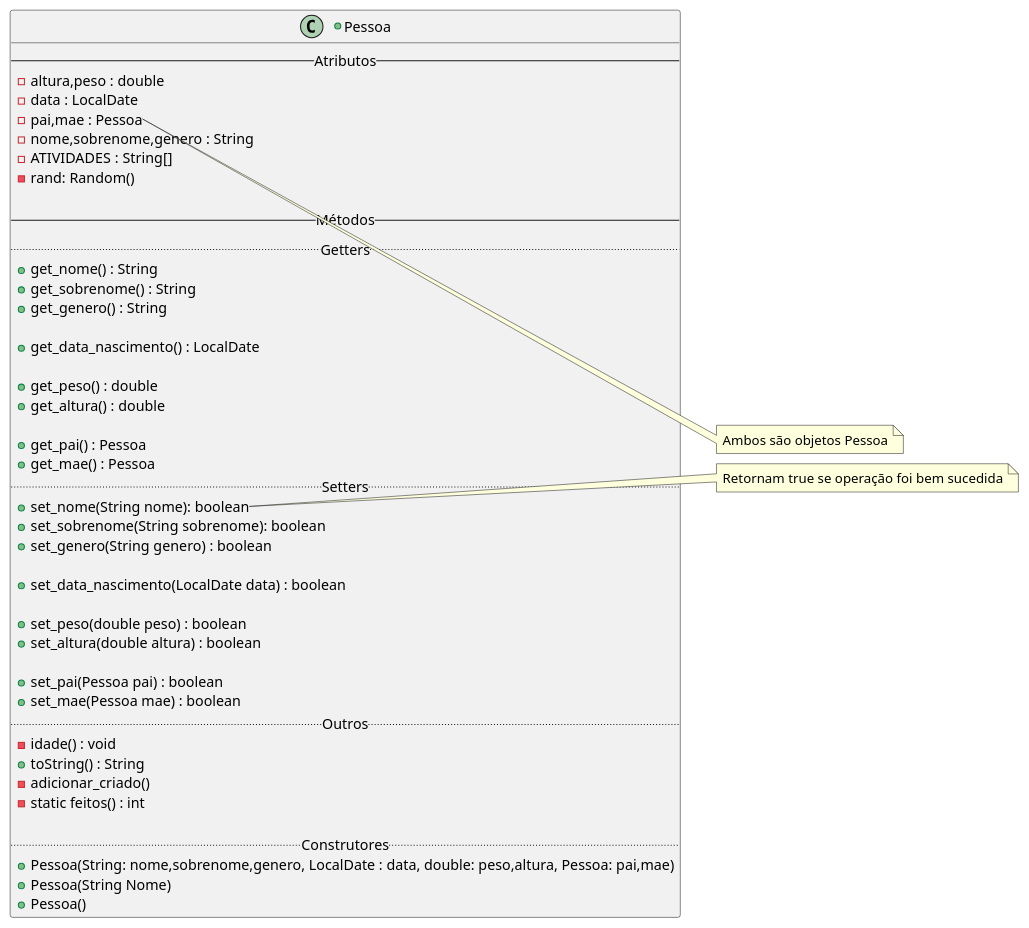
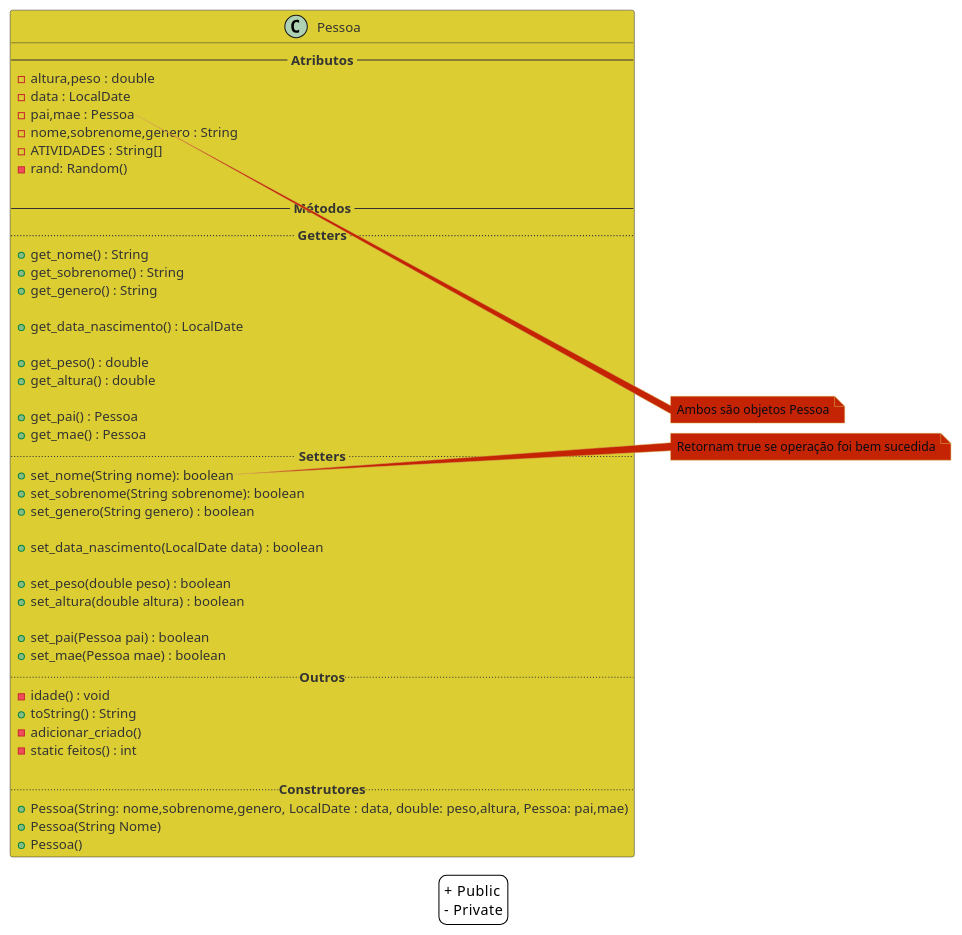
One commit to Datto6/LP changed the diagram in LP2/ExP1/diagrama.md. Above: the diagram before and after it, drawn with PlantUML.

````diff
--- a/LP2/ExP1/diagrama.md
+++ b/LP2/ExP1/diagrama.md
@@ -1,9 +1,32 @@
 ``` plantuml 
 
 @startuml
+skinparam backgroundColor ##090b14
 
-+class Pessoa{
---Atributos--
+skinparam class {
+    BackgroundColor #dbcd32
+    BorderColor #333333
+    FontColor #222222
+    FontName Arial
+    FontSize 14
+    AttributeFontColor #333333
+    AttributeFontName Arial
+    AttributeFontSize 13
+    MethodFontColor #333333
+    MethodFontName Arial
+    MethodFontSize 13
+}
+
+skinparam note {
+    BackgroundColor #c42404
+    BorderColor #D6B656
+    FontColor #090b14
+    FontName Arial
+    FontSize 12
+}
+
+class Pessoa{
+-- <b> Atributos </b> --
 -altura,peso : double
 -data : LocalDate
 -pai,mae : Pessoa
@@ -11,8 +34,8 @@
 -ATIVIDADES : String[]
 - rand: Random()
 
---Métodos--
-..Getters..
+-- <b> Métodos </b> --
+..<b> Getters </b>..
 +get_nome() : String
 +get_sobrenome() : String
 +get_genero() : String
@@ -24,7 +47,7 @@
 
 +get_pai() : Pessoa
 +get_mae() : Pessoa
-..Setters..
+.. <b> Setters </b>..
 +set_nome(String nome): boolean
 +set_sobrenome(String sobrenome): boolean
 +set_genero(String genero) : boolean
@@ -36,13 +59,13 @@
 
 +set_pai(Pessoa pai) : boolean
 +set_mae(Pessoa mae) : boolean
-..Outros..
+..<b>Outros</b>..
 -idade() : void
 +toString() : String
 -adicionar_criado()
 - static feitos() : int
 
-..Construtores..
+..<b>Construtores</b>..
  +Pessoa(String: nome,sobrenome,genero, LocalDate : data, double: peso,altura, Pessoa: pai,mae)
 + Pessoa(String Nome)
 + Pessoa()
@@ -52,7 +75,12 @@
 end note
 note right of Pessoa::set_nome
 Retornam true se operação foi bem sucedida
-end note 
+end note
+
+legend bottom
+    +  Public
+    -  Private
+endlegend
 
 @enduml
 ```
````
